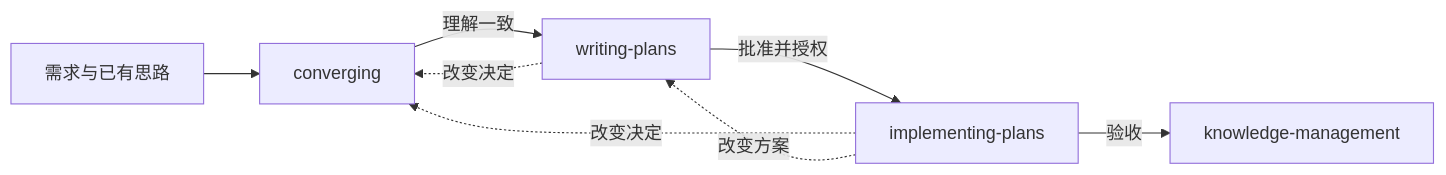
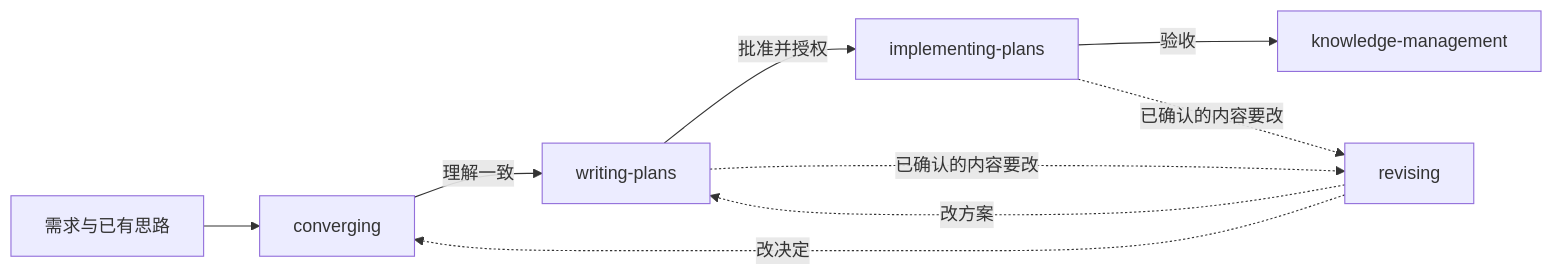
One commit to reflux-studio/rivo changed the diagram in skills/using-rivo/SKILL.md. Above: the diagram before and after it, drawn with Mermaid. The commit also changed other lines of this file and 33 other files, not shown here.

````diff
--- a/skills/using-rivo/SKILL.md
+++ b/skills/using-rivo/SKILL.md
@@ -28,10 +28,11 @@
 ```mermaid
 flowchart LR
     U[需求与已有思路] --> C[converging]
     C -->|理解一致| P[writing-plans]
     P -->|批准并授权| I[implementing-plans]
     I -->|验收| K[knowledge-management]
-    P -.改变决定.-> C
-    I -.改变决定.-> C
-    I -.改变方案.-> P
+    P -.已确认的内容要改.-> R[revising]
+    I -.已确认的内容要改.-> R
+    R -.改决定.-> C
+    R -.改方案.-> P
 ```
````
